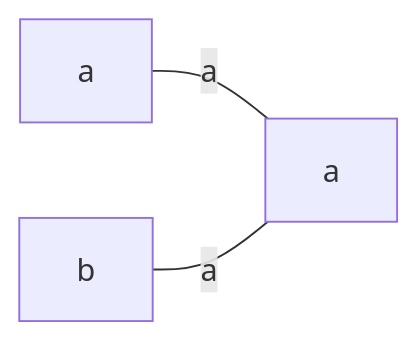
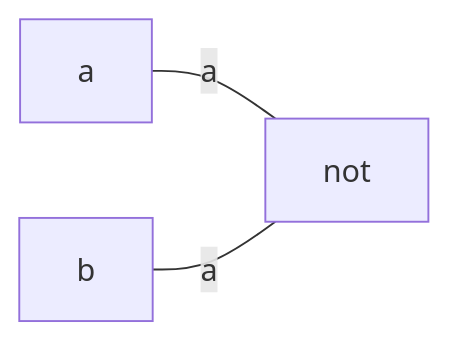
Before and after one commit to tnichols217/notes: the diagram in CSDS 281 - Logic Design/HW/3/Tables.md, drawn with Mermaid. The commit also changed 2 other files, not shown here.

Commit message:
vault backup: 2024-02-14 14:53:19

````diff
--- a/CSDS 281 - Logic Design/HW/3/Tables.md
+++ b/CSDS 281 - Logic Design/HW/3/Tables.md
@@ -14,6 +14,6 @@
 ```mermaid
 flowchart LR
 
 a ---|a| not
-b ---|a| not[a]
+b ---|a| not
 ```
````
